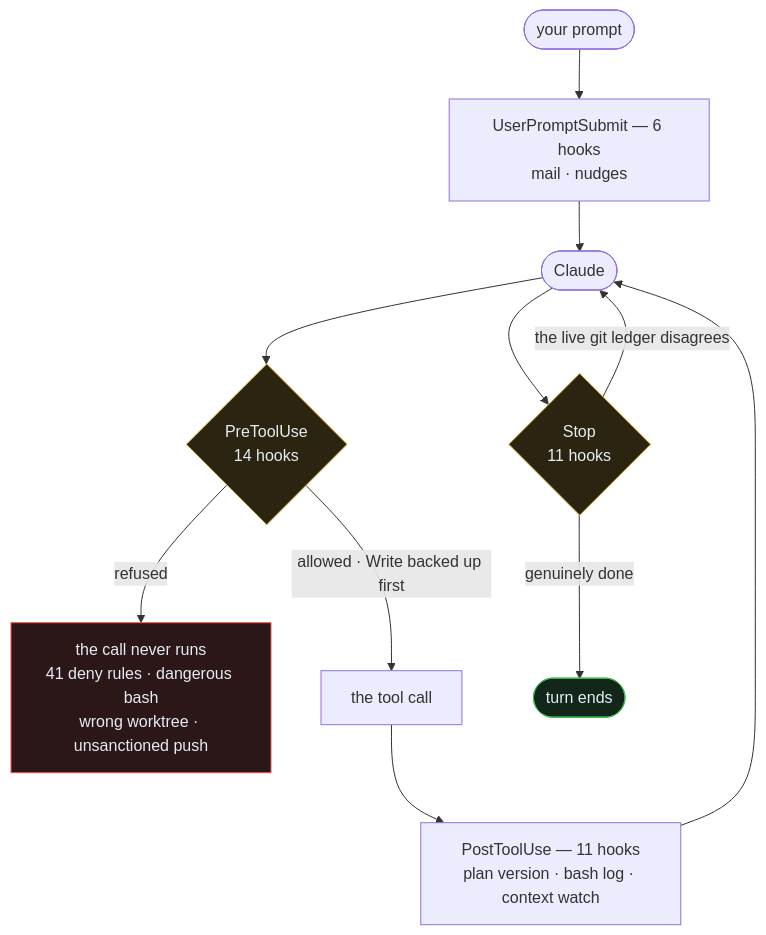
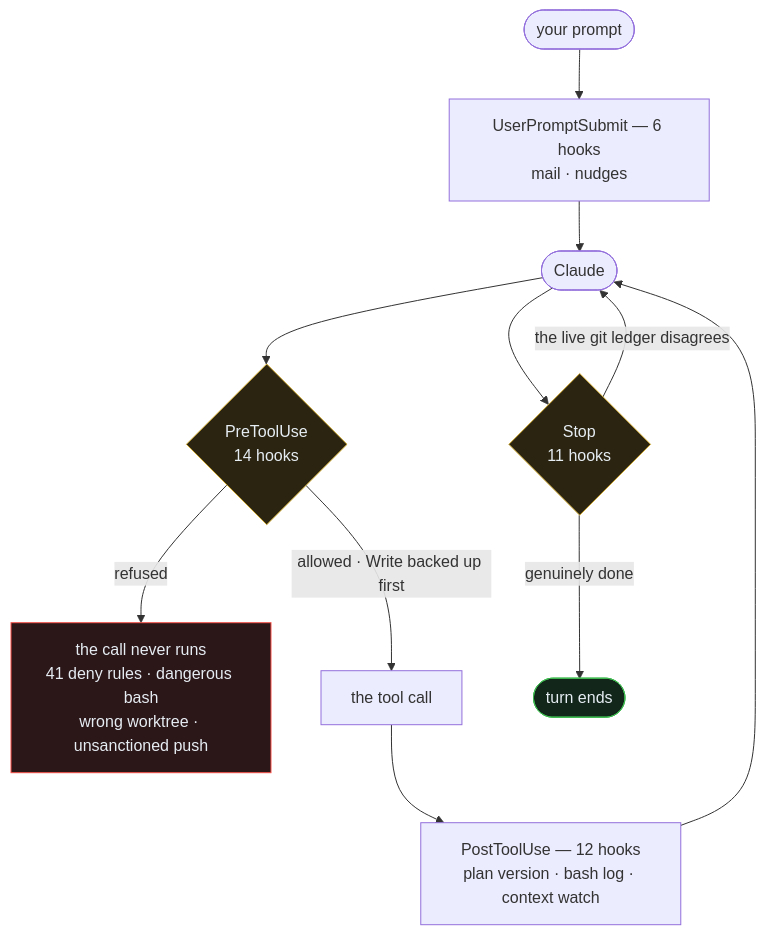
One commit to renchris/claude-infrastructure changed the fourth of 7 diagrams in README.md. Above: the diagram before and after it, drawn with Mermaid. The commit also changed other lines of this file and 6 other files, not shown here.

````diff
--- a/README.md
+++ b/README.md
@@ -282,19 +282,19 @@
 ```mermaid
 flowchart TB
     P(["your prompt"]) --> UPS["UserPromptSubmit — 6 hooks<br/>mail · nudges"]
     UPS --> M(["Claude"])
     M --> Pre{"PreToolUse<br/>14 hooks"}
     Pre -->|"refused"| No["the call never runs<br/>41 deny rules · dangerous bash<br/>wrong worktree · unsanctioned push"]
     Pre -->|"allowed · Write backed up first"| Tool["the tool call"]
-    Tool --> Post["PostToolUse — 11 hooks<br/>plan version · bash log · context watch"]
+    Tool --> Post["PostToolUse — 12 hooks<br/>plan version · bash log · context watch"]
     Post --> M
     M --> Stop{"Stop<br/>11 hooks"}
     Stop -->|"the live git ledger disagrees"| M
     Stop -->|"genuinely done"| End(["turn ends"])
     classDef gate fill:#2b2410,stroke:#d4af37,color:#e6edf3
     classDef no fill:#2b1618,stroke:#f85149,color:#e6edf3
     classDef ok fill:#12261a,stroke:#3fb950,color:#e6edf3
     class Pre,Stop gate
     class No no
     class End ok
 ```
````
